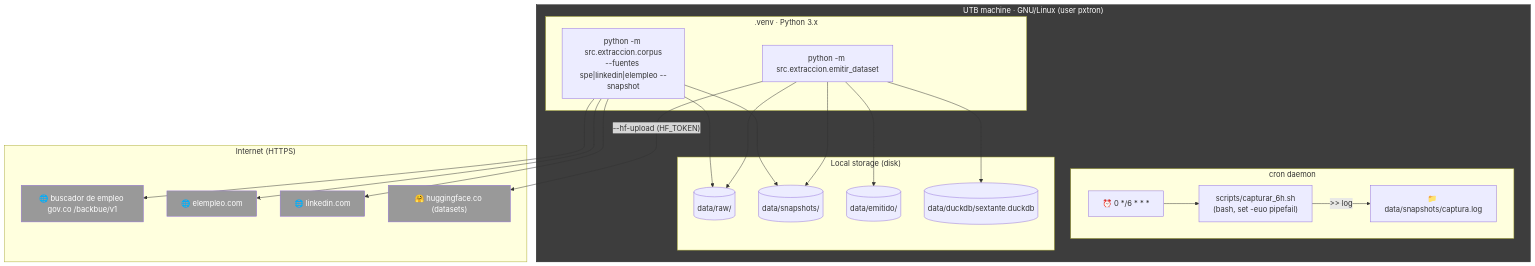
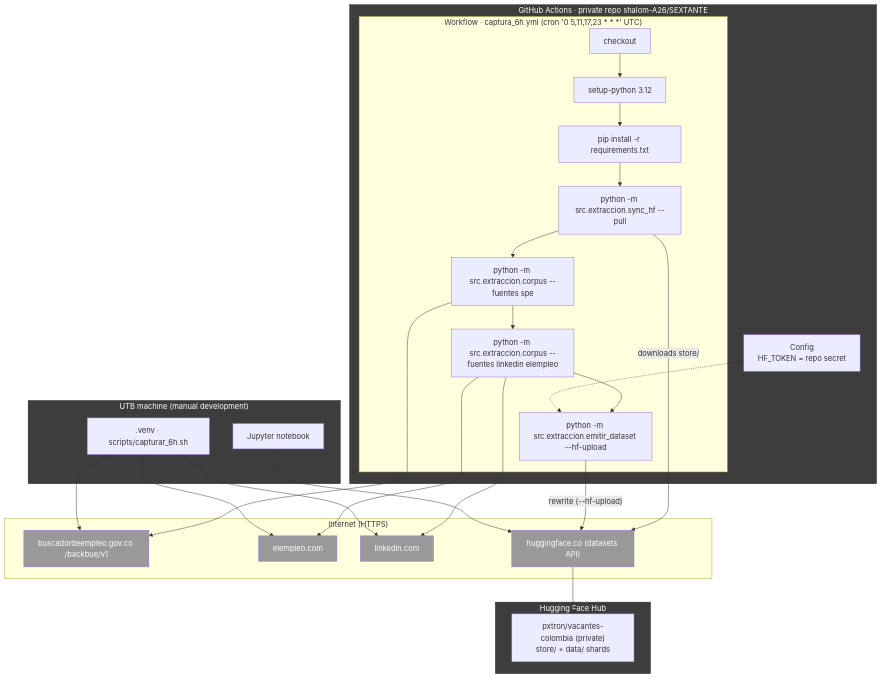
The fourth of 7 diagrams in docs/architecture.en.md (shalom-A26/SEXTANTE), drawn with Mermaid before and after one commit. The commit also changed other lines of this file and 8 other files, not shown here.

First line of the commit message:
feat: captura en GitHub Actions con Hugging Face como memoria persistente

````diff
--- a/docs/architecture.en.md
+++ b/docs/architecture.en.md
@@ -172,42 +182,50 @@
 ```mermaid
 flowchart TB
-    subgraph MACH["UTB machine · GNU/Linux (user pxtron)"]
-        subgraph CRON["cron daemon"]
-            cronj["⏰ 0 */6 * * *"] --> sh["scripts/capturar_6h.sh<br/>(bash, set -euo pipefail)"]
-            sh -->|">> log"| log["📁 data/snapshots/captura.log"]
+    subgraph CLOUD["GitHub Actions · private repo shalom-A26/SEXTANTE"]
+        subgraph WF["Workflow · captura_6h.yml (cron '0 5,11,17,23 * * *' UTC)"]
+            checkout["checkout"]
+            python["setup-python 3.12"]
+            deps["pip install -r requirements.txt"]
+            pull["python -m src.extraccion.sync_hf --pull"]
+            spe["python -m src.extraccion.corpus --fuentes spe"]
+            cur["python -m src.extraccion.corpus --fuentes linkedin elempleo"]
+            emit["python -m src.extraccion.emitir_dataset --hf-upload"]
         end
-        subgraph VENV[".venv · Python 3.x"]
-            cli["python -m src.extraccion.corpus<br/>--fuentes spe|linkedin|elempleo --snapshot"]
-            emi["python -m src.extraccion.emitir_dataset"]
-        end
-        subgraph STORE["Local storage (disk)"]
-            raw[("data/raw/")]
-            snap[("data/snapshots/")]
-            emitd[("data/emitido/")]
-            ddb[("data/duckdb/sextante.duckdb")]
-        end
+        CFG["Config<br/>HF_TOKEN = repo secret"]
+    end
+
+    subgraph HUB["Hugging Face Hub"]
+        dset["pxtron/vacantes-colombia (private)<br/>store/ + data/ shards"]
+    end
+
+    subgraph PC["UTB machine (manual development)"]
+        venv[".venv · scripts/capturar_6h.sh"]
+        nb["Jupyter notebook"]
     end
 
     subgraph NET["Internet (HTTPS)"]
-        spe["🌐 buscador de empleo gov.co /backbue/v1"]
-        ee["🌐 elempleo.com"]
-        li["🌐 linkedin.com"]
-        hub["🤗 huggingface.co (datasets)"]
+        speext["buscadordeempleo.gov.co /backbue/v1"]
+        ee["elempleo.com"]
+        li["linkedin.com"]
+        hfapi["huggingface.co (datasets API)"]
     end
 
-    cli --> spe
-    cli --> ee
-    cli --> li
-    cli --> raw
-    cli --> snap
-    emi --> raw
-    emi --> snap
-    emi --> emitd
-    emi --> ddb
-    emi -->|"--hf-upload (HF_TOKEN)"| hub
+    checkout --> python --> deps --> pull
+    pull --> spe --> cur --> emit
+    CFG -.-> emit
+    pull -->|"downloads store/"| hfapi
+    emit -->|"rewrite (--hf-upload)"| hfapi
+    hfapi --> dset
+    spe --> speext
+    cur --> ee
+    cur --> li
+    venv --> speext
+    venv --> ee
+    venv --> li
+    nb --> hfapi
 
     classDef nodo fill:#3d3d3d,color:#fff,stroke:#222;
     classDef ext fill:#999999,color:#fff;
-    class MACH nodo;
-    class spe,ee,li,hub ext;
+    class CLOUD,HUB,PC nodo;
+    class speext,ee,li,hfapi ext;
 ```
````
